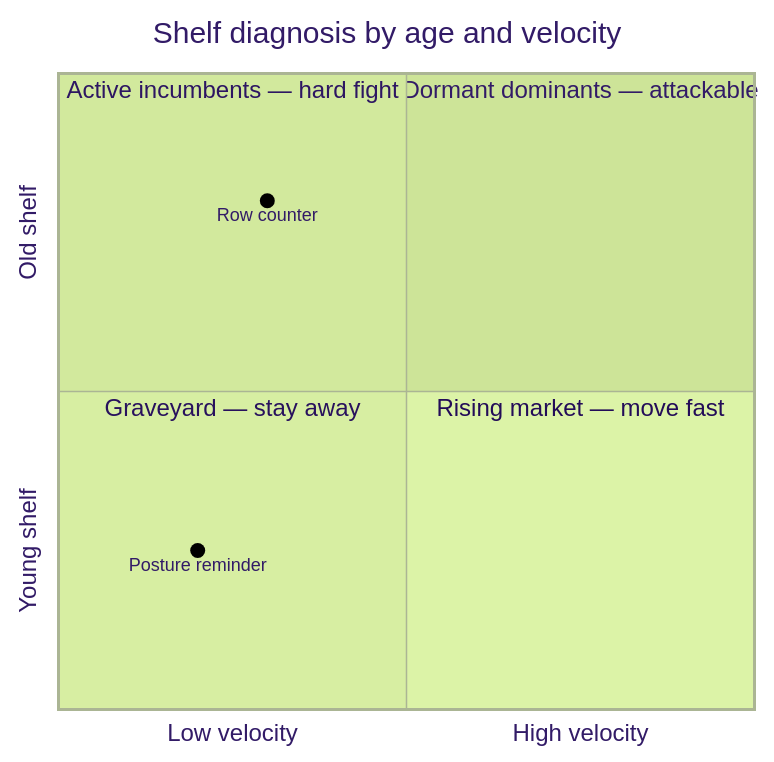
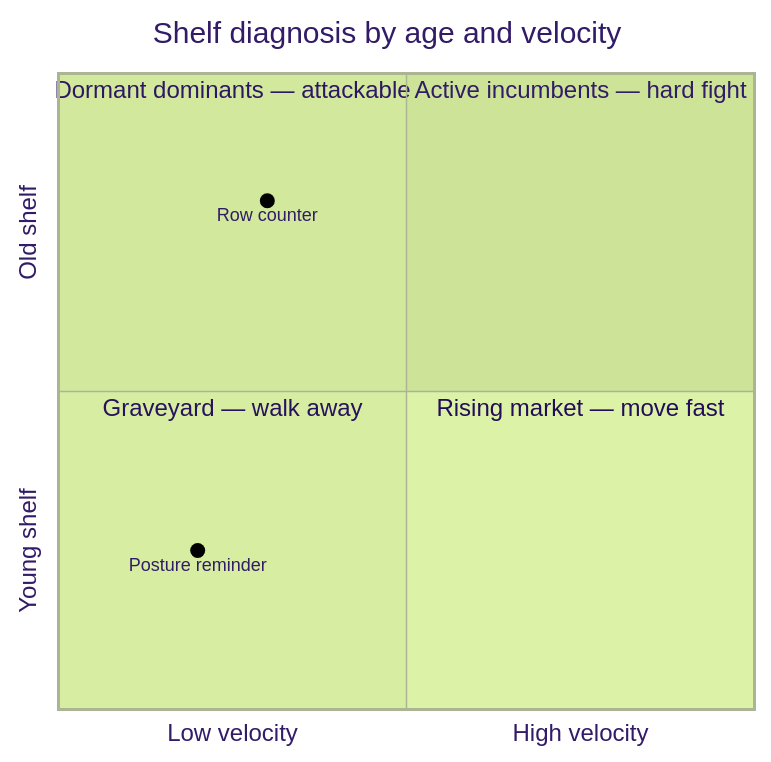
One commit to bzinoun/curator changed the first of 3 diagrams in site/src/content/articles/app-store-shelf-signals.md. Above: the diagram before and after it, drawn with Mermaid (forest theme). The commit also changed other lines of this file and 8 other files, not shown here.

First line of the commit message:
style: articles rewritten by Fable — narrative direct voice, 3-4 diagrams each

````diff
--- a/site/src/content/articles/app-store-shelf-signals.md
+++ b/site/src/content/articles/app-store-shelf-signals.md
@@ -22,12 +37,12 @@
 ```mermaid
 quadrantChart
     title Shelf diagnosis by age and velocity
     x-axis Low velocity --> High velocity
     y-axis Young shelf --> Old shelf
-    quadrant-1 Dormant dominants — attackable
-    quadrant-2 Active incumbents — hard fight
-    quadrant-3 Graveyard — stay away
+    quadrant-1 Active incumbents — hard fight
+    quadrant-2 Dormant dominants — attackable
+    quadrant-3 Graveyard — walk away
     quadrant-4 Rising market — move fast
     Posture reminder: [0.2, 0.25]
     Row counter: [0.3, 0.8]
 ```
````
